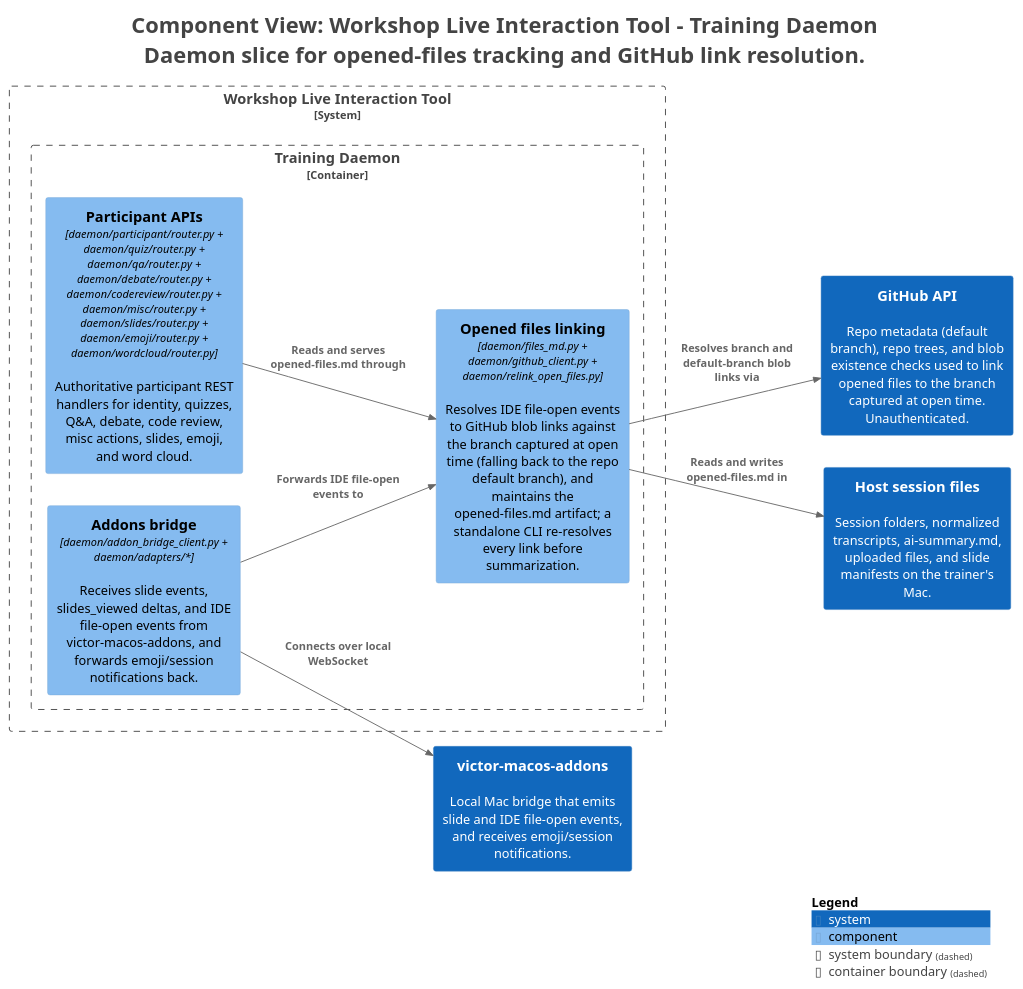
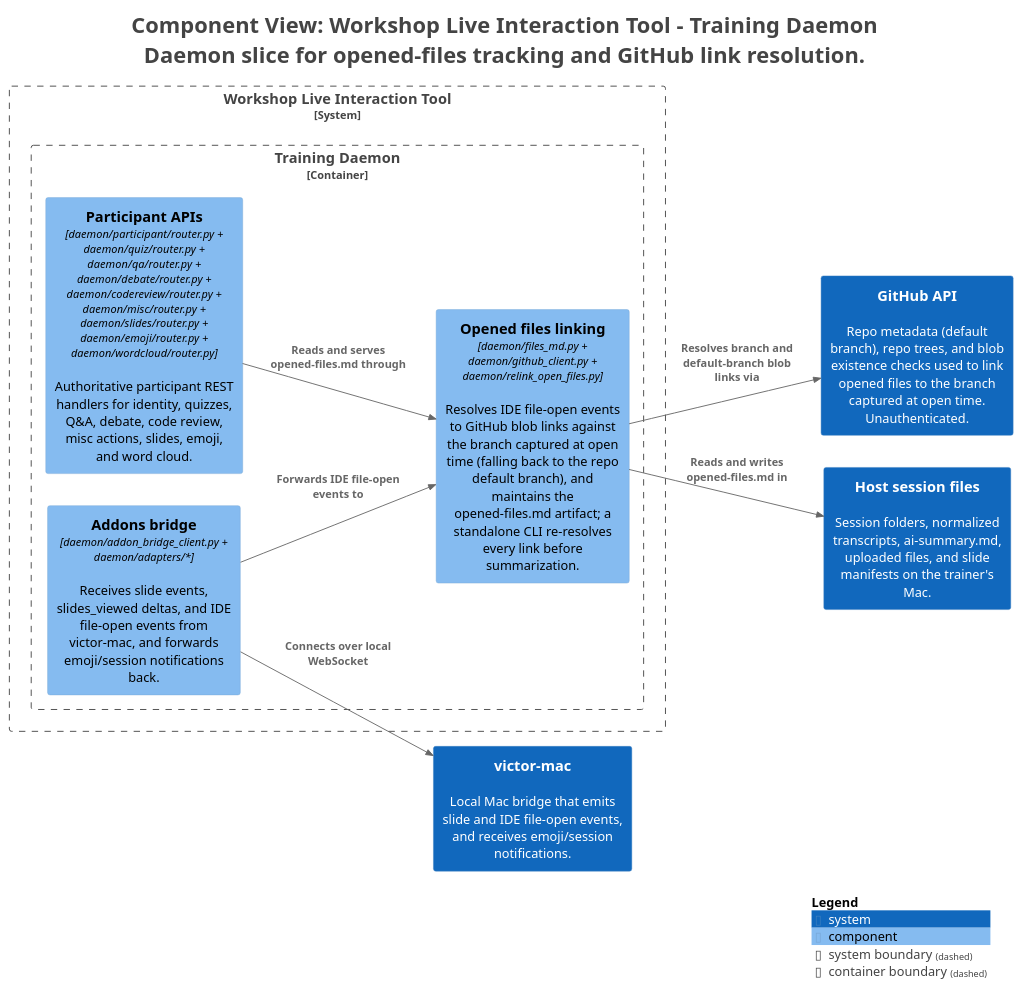
The diagram in projects/training-assistant/docs/c4views/C3-Daemon-Opened-Files.puml (victorrentea/ai-central), drawn with PlantUML before and after one commit. The commit also changed 28 other files, not shown here.

```diff
--- a/projects/training-assistant/docs/c4views/C3-Daemon-Opened-Files.puml
+++ b/projects/training-assistant/docs/c4views/C3-Daemon-Opened-Files.puml
@@ -1,39 +1,39 @@
 @startuml
 title <size:24>Component View: Workshop Live Interaction Tool - Training Daemon</size>\n<size:24>Daemon slice for opened-files tracking and GitHub link resolution.</size>
 
 set separator none
 left to right direction
 
 <style>
   root {
     BackgroundColor: #ffffff
     FontColor: #444444
   }
 </style>
 
 !include <C4/C4>
 !include <C4/C4_Context>
 !include <C4/C4_Component>
 
 System(GitHubAPI, "GitHub API", $descr="Repo metadata (default branch), repo trees, and blob existence checks used to link opened files to the branch captured at open time. Unauthenticated.", $tags="", $link="")
-System(victormacosaddons, "victor-macos-addons", $descr="Local Mac bridge that emits slide and IDE file-open events, and receives emoji/session notifications.", $tags="", $link="")
+System(victormacosaddons, "victor-mac", $descr="Local Mac bridge that emits slide and IDE file-open events, and receives emoji/session notifications.", $tags="", $link="")
 System(Hostsessionfiles, "Host session files", $descr="Session folders, normalized transcripts, ai-summary.md, uploaded files, and slide manifests on the trainer's Mac.", $tags="", $link="")
 
 System_Boundary("WorkshopLiveInteractionTool_boundary", "Workshop Live Interaction Tool", $tags="") {
   Container_Boundary("WorkshopLiveInteractionTool.TrainingDaemon_boundary", "Training Daemon", $tags="") {
     Component(WorkshopLiveInteractionTool.TrainingDaemon.ParticipantAPIs, "Participant APIs", $techn="daemon/participant/router.py + daemon/quiz/router.py + daemon/qa/router.py + daemon/debate/router.py + daemon/codereview/router.py + daemon/misc/router.py + daemon/slides/router.py + daemon/emoji/router.py + daemon/wordcloud/router.py", $descr="Authoritative participant REST handlers for identity, quizzes, Q&A, debate, code review, misc actions, slides, emoji, and word cloud.", $tags="", $link="")
-    Component(WorkshopLiveInteractionTool.TrainingDaemon.Addonsbridge, "Addons bridge", $techn="daemon/addon_bridge_client.py + daemon/adapters/*", $descr="Receives slide events, slides_viewed deltas, and IDE file-open events from victor-macos-addons, and forwards emoji/session notifications back.", $tags="", $link="")
+    Component(WorkshopLiveInteractionTool.TrainingDaemon.Addonsbridge, "Addons bridge", $techn="daemon/addon_bridge_client.py + daemon/adapters/*", $descr="Receives slide events, slides_viewed deltas, and IDE file-open events from victor-mac, and forwards emoji/session notifications back.", $tags="", $link="")
     Component(WorkshopLiveInteractionTool.TrainingDaemon.Openedfileslinking, "Opened files linking", $techn="daemon/files_md.py + daemon/github_client.py + daemon/relink_open_files.py", $descr="Resolves IDE file-open events to GitHub blob links against the branch captured at open time (falling back to the repo default branch), and maintains the opened-files.md artifact; a standalone CLI re-resolves every link before summarization.", $tags="", $link="")
   }
 
 }
 
 Rel(WorkshopLiveInteractionTool.TrainingDaemon.ParticipantAPIs, WorkshopLiveInteractionTool.TrainingDaemon.Openedfileslinking, "Reads and serves opened-files.md through", $techn="", $tags="", $link="")
 Rel(WorkshopLiveInteractionTool.TrainingDaemon.Addonsbridge, victormacosaddons, "Connects over local WebSocket", $techn="", $tags="", $link="")
 Rel(WorkshopLiveInteractionTool.TrainingDaemon.Addonsbridge, WorkshopLiveInteractionTool.TrainingDaemon.Openedfileslinking, "Forwards IDE file-open events to", $techn="", $tags="", $link="")
 Rel(WorkshopLiveInteractionTool.TrainingDaemon.Openedfileslinking, GitHubAPI, "Resolves branch and default-branch blob links via", $techn="", $tags="", $link="")
 Rel(WorkshopLiveInteractionTool.TrainingDaemon.Openedfileslinking, Hostsessionfiles, "Reads and writes opened-files.md in", $techn="", $tags="", $link="")
 
 SHOW_LEGEND(true)
 hide stereotypes
 @enduml
```
